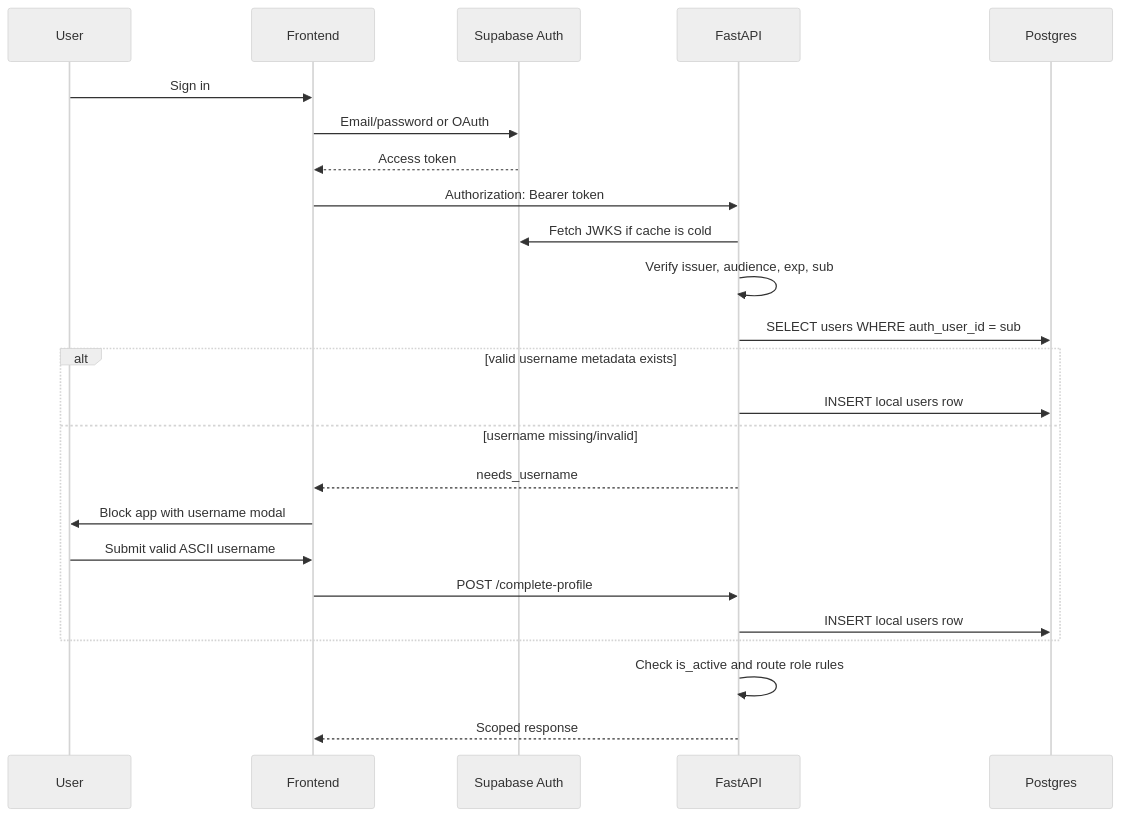
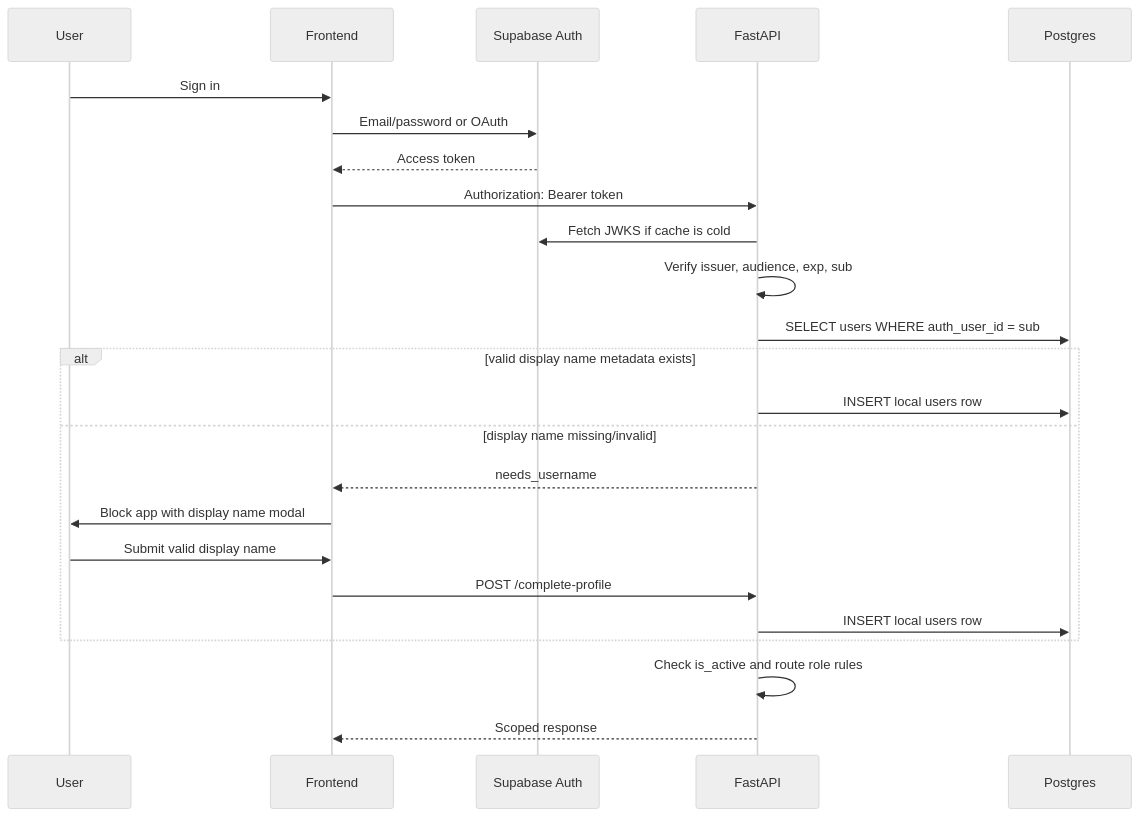
The second of 4 diagrams in docs/SRS.md (markiengo/fantasy), drawn with Mermaid (neutral theme) before and after one commit. The commit also changed other lines of this file and 37 other files, not shown here.

````diff
--- a/docs/SRS.md
+++ b/docs/SRS.md
@@ -68,27 +65,27 @@
 ```mermaid
 sequenceDiagram
   participant U as User
   participant FE as Frontend
   participant SA as Supabase Auth
   participant API as FastAPI
   participant DB as Postgres
 
   U->>FE: Sign in
   FE->>SA: Email/password or OAuth
   SA-->>FE: Access token
   FE->>API: Authorization: Bearer token
   API->>SA: Fetch JWKS if cache is cold
   API->>API: Verify issuer, audience, exp, sub
   API->>DB: SELECT users WHERE auth_user_id = sub
-  alt valid username metadata exists
+  alt valid display name metadata exists
     API->>DB: INSERT local users row
-  else username missing/invalid
+  else display name missing/invalid
     API-->>FE: needs_username
-    FE->>U: Block app with username modal
-    U->>FE: Submit valid ASCII username
+    FE->>U: Block app with display name modal
+    U->>FE: Submit valid display name
     FE->>API: POST /complete-profile
     API->>DB: INSERT local users row
   end
   API->>API: Check is_active and route role rules
   API-->>FE: Scoped response
 ```
````
